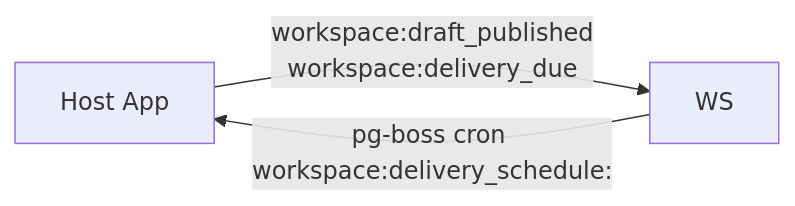
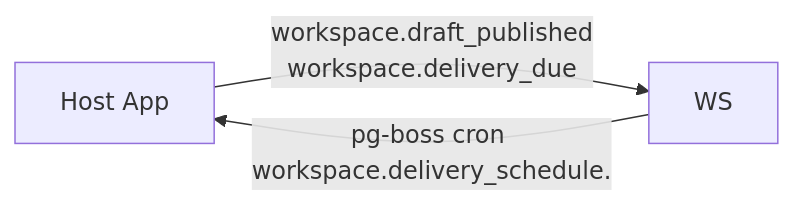
The second of 3 diagrams in packages/workspace/docs/overview.mdx (AdityaBorkar/aspen-os), drawn with Mermaid before and after one commit. The commit also changed other lines of this file and 107 other files, not shown here.

````diff
--- a/packages/workspace/docs/overview.mdx
+++ b/packages/workspace/docs/overview.mdx
@@ -60,5 +60,5 @@
 ```mermaid
 flowchart LR
-  host["Host App"] -- "workspace:draft_published<br/>workspace:delivery_due" --> WS
-  WS -- "pg-boss cron workspace:delivery_schedule:<id>" --> host
+  host["Host App"] -- "workspace.draft_published<br/>workspace.delivery_due" --> WS
+  WS -- "pg-boss cron workspace.delivery_schedule.<id>" --> host
 ```
````
